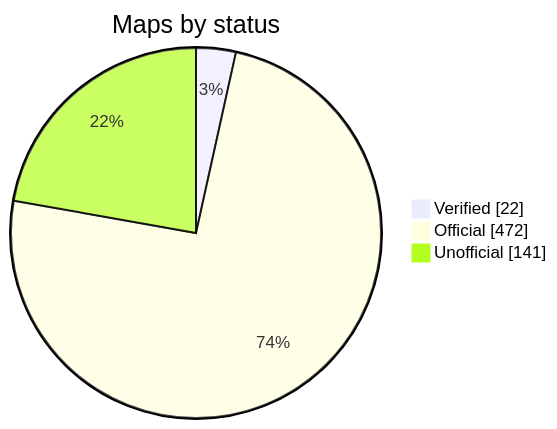
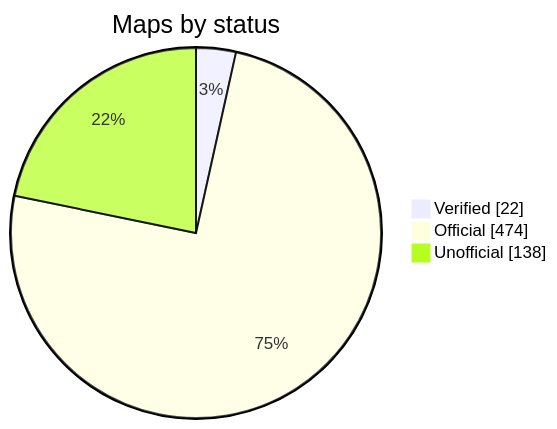
Before and after one commit to nobrega8/mbmap-library: the diagram in README.md, drawn with Mermaid. The commit also changed 8 other files, not shown here.

````diff
--- a/README.md
+++ b/README.md
@@ -52,7 +52,7 @@
 ```mermaid
 pie showData
     title Maps by status
     "Verified" : 22
-    "Official" : 472
-    "Unofficial" : 141
+    "Official" : 474
+    "Unofficial" : 138
 ```
````
